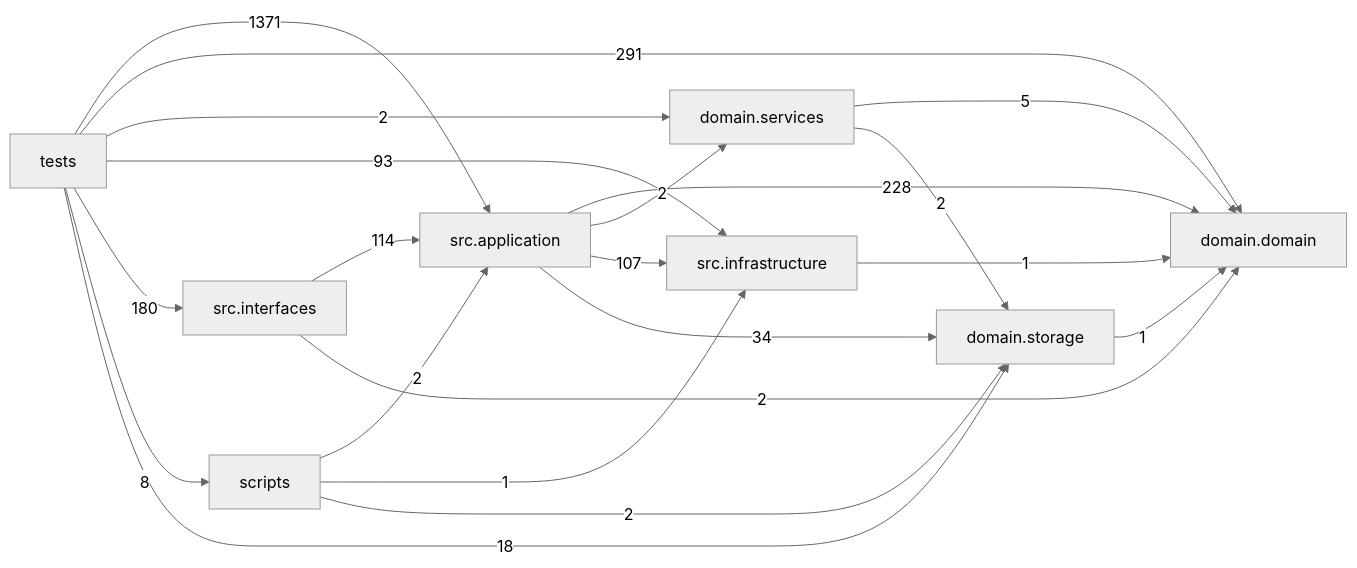
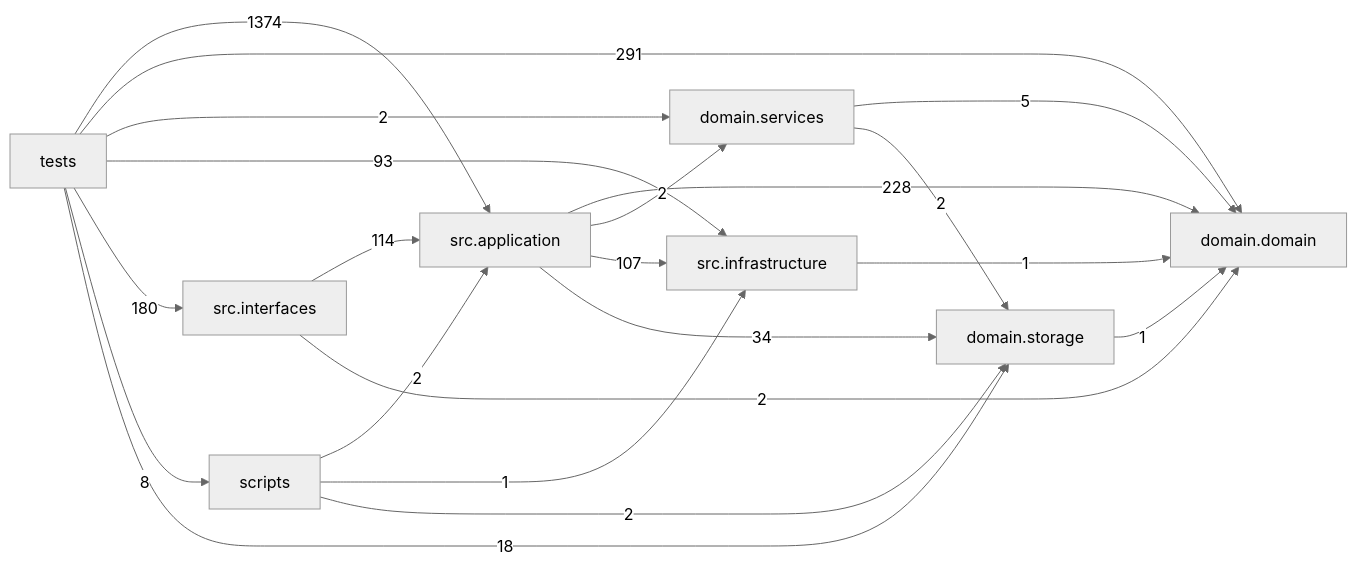
The diagram in docs/DEPENDENCY_GRAPH.md (liuxie066/options-monitor), drawn with Mermaid (neutral theme) before and after one commit. The commit also changed other lines of this file and 13 other files, not shown here.

````diff
--- a/docs/DEPENDENCY_GRAPH.md
+++ b/docs/DEPENDENCY_GRAPH.md
@@ -24,31 +24,31 @@
 ```mermaid
 flowchart LR
   tests["tests"]
   scripts["scripts"]
   interfaces["src.interfaces"]
   application["src.application"]
   infrastructure["src.infrastructure"]
   domain_services["domain.services"]
   domain["domain.domain"]
   storage["domain.storage"]
   application -->|228| domain
   application -->|2| domain_services
   application -->|107| infrastructure
   application -->|34| storage
   domain_services -->|5| domain
   domain_services -->|2| storage
   infrastructure -->|1| domain
   interfaces -->|114| application
   interfaces -->|2| domain
   scripts -->|2| application
   scripts -->|1| infrastructure
   scripts -->|2| storage
   storage -->|1| domain
-  tests -->|1371| application
+  tests -->|1374| application
   tests -->|291| domain
   tests -->|2| domain_services
   tests -->|93| infrastructure
   tests -->|180| interfaces
   tests -->|8| scripts
   tests -->|18| storage
 ```
````
